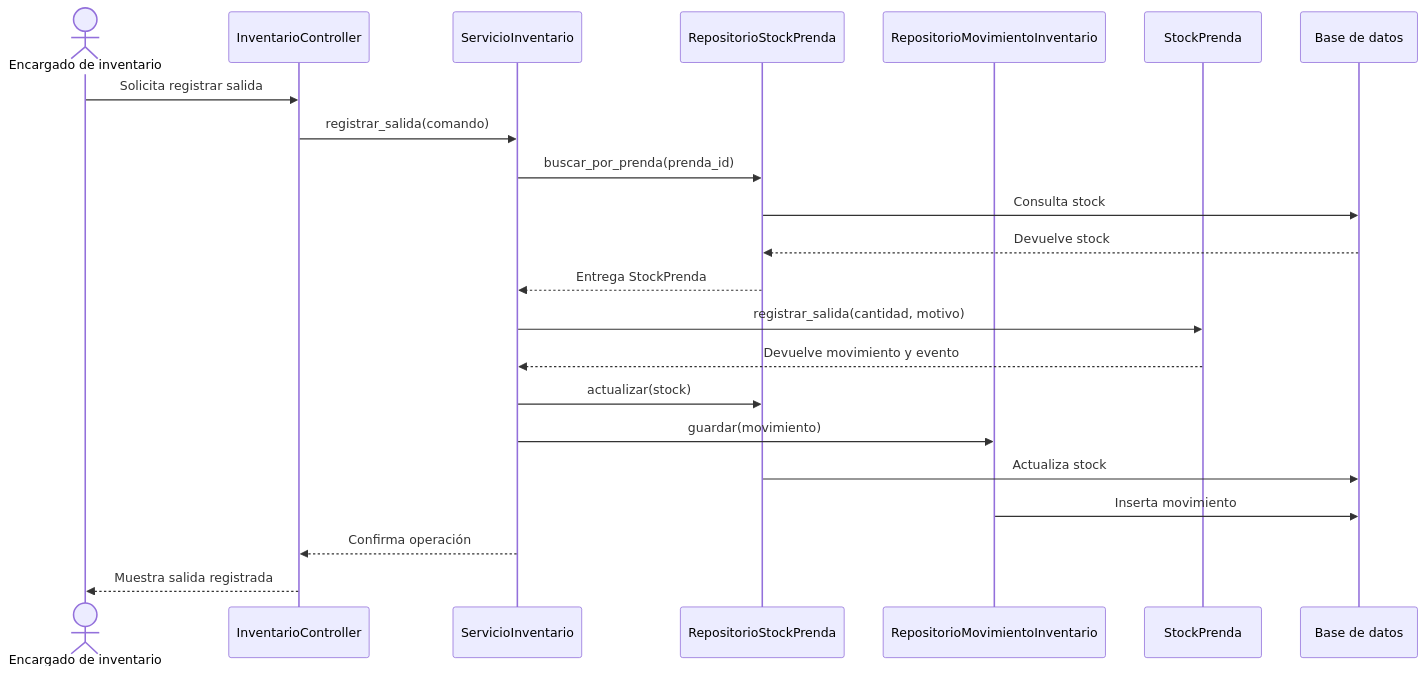
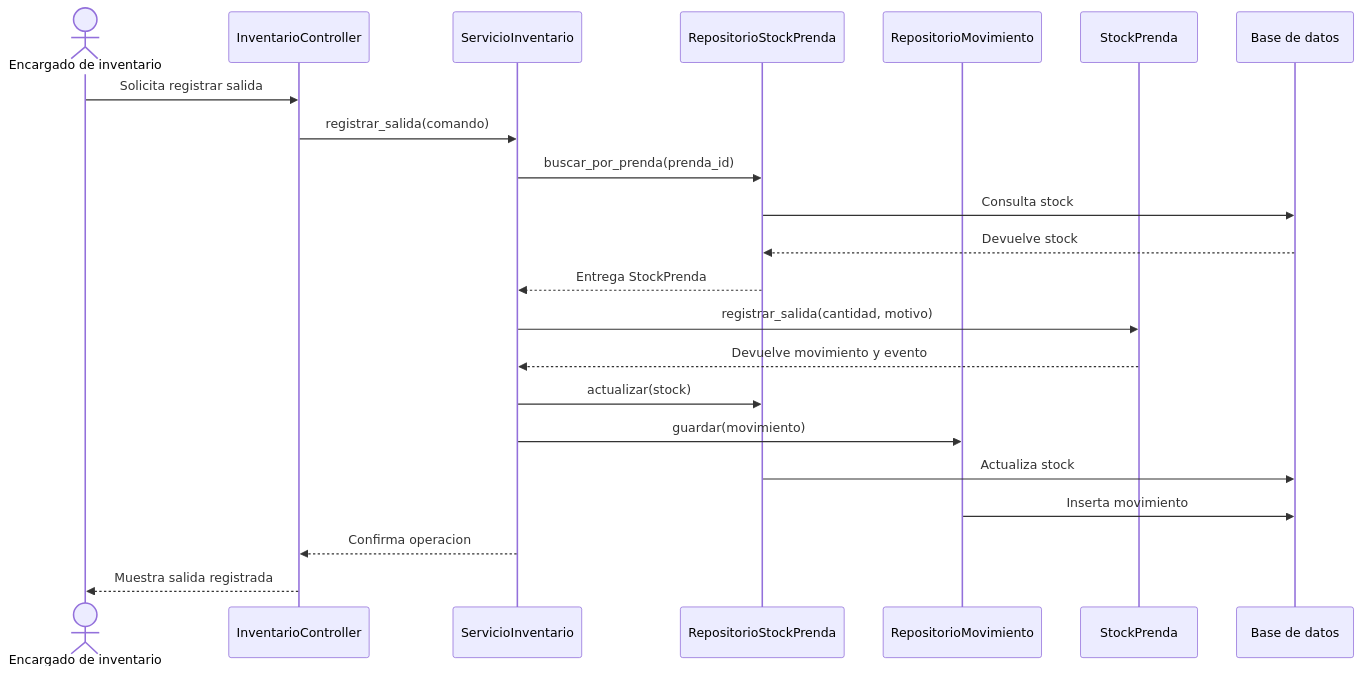
One commit to javierRock/SoftwareTextil changed the fourth of 4 diagrams in docs/arquitectura.md. Above: the diagram before and after it, drawn with Mermaid. The commit also changed other lines of this file and 2 other files, not shown here.

First line of the commit message:
docs: mejorar documentacion con imagenes del repositorio

````diff
--- a/docs/arquitectura.md
+++ b/docs/arquitectura.md
@@ -149,25 +213,25 @@
 ```mermaid
 sequenceDiagram
     actor Encargado as Encargado de inventario
     participant API as InventarioController
     participant Servicio as ServicioInventario
     participant StockRepo as RepositorioStockPrenda
-    participant MovRepo as RepositorioMovimientoInventario
+    participant MovRepo as RepositorioMovimiento
     participant Stock as StockPrenda
     participant DB as Base de datos
 
     Encargado->>API: Solicita registrar salida
     API->>Servicio: registrar_salida(comando)
     Servicio->>StockRepo: buscar_por_prenda(prenda_id)
     StockRepo->>DB: Consulta stock
     DB-->>StockRepo: Devuelve stock
     StockRepo-->>Servicio: Entrega StockPrenda
     Servicio->>Stock: registrar_salida(cantidad, motivo)
     Stock-->>Servicio: Devuelve movimiento y evento
     Servicio->>StockRepo: actualizar(stock)
     Servicio->>MovRepo: guardar(movimiento)
     StockRepo->>DB: Actualiza stock
     MovRepo->>DB: Inserta movimiento
-    Servicio-->>API: Confirma operación
+    Servicio-->>API: Confirma operacion
     API-->>Encargado: Muestra salida registrada
 ```
````
